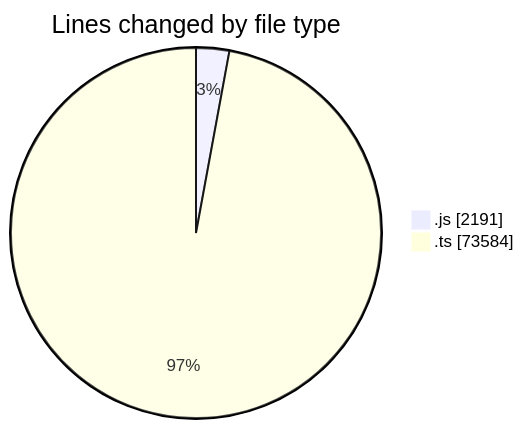
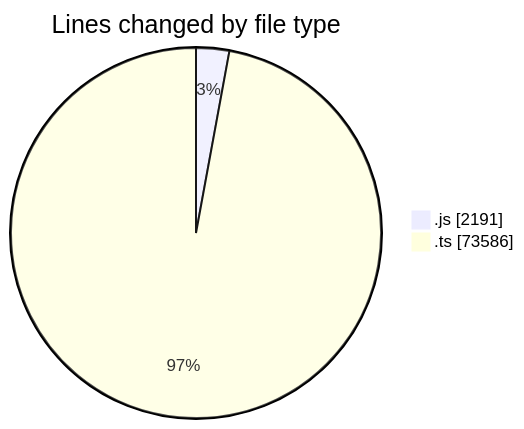
Before and after one commit to momahboobian/code-tracking: the first of 2 diagrams in 2025-06-19/cda/README.md, drawn with Mermaid. The commit also changed other lines of this file and 1 other file, not shown here.

````diff
--- a/2025-06-19/cda/README.md
+++ b/2025-06-19/cda/README.md
@@ -41,6 +41,6 @@
 ```mermaid
 pie showData
 title Lines changed by file type
 ".js" : 2191
-".ts" : 73584
+".ts" : 73586
 ```
````
